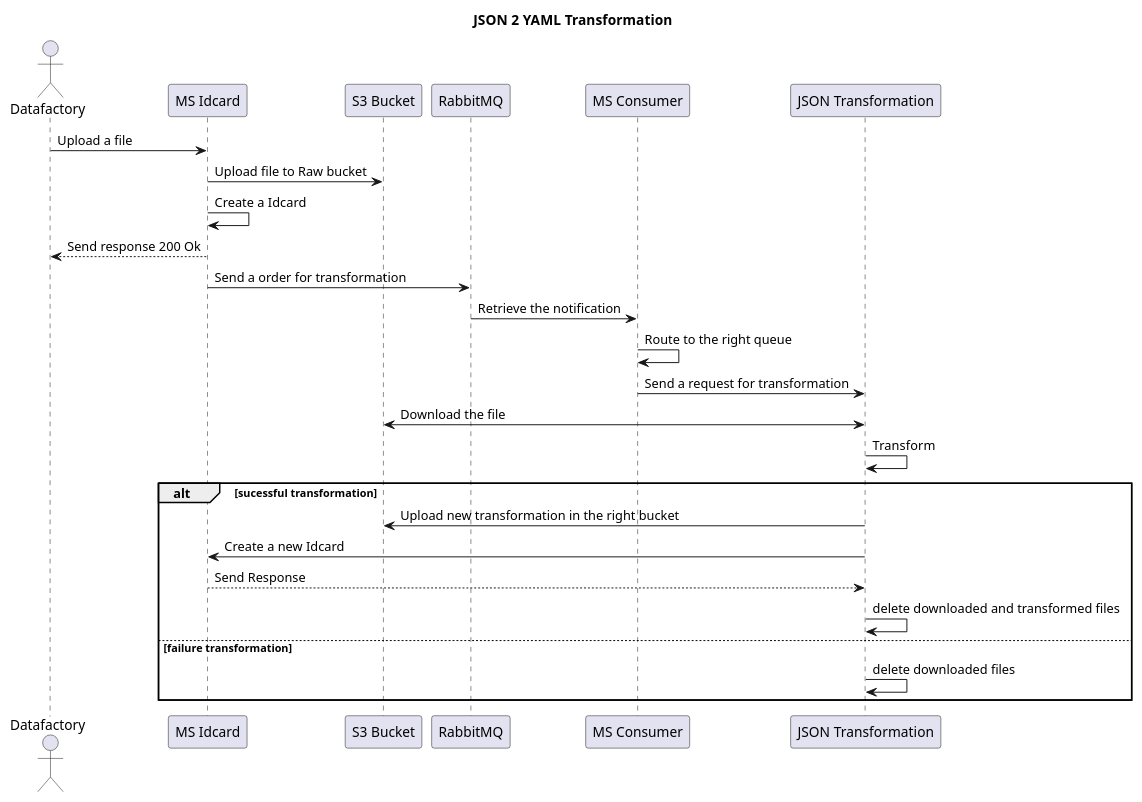
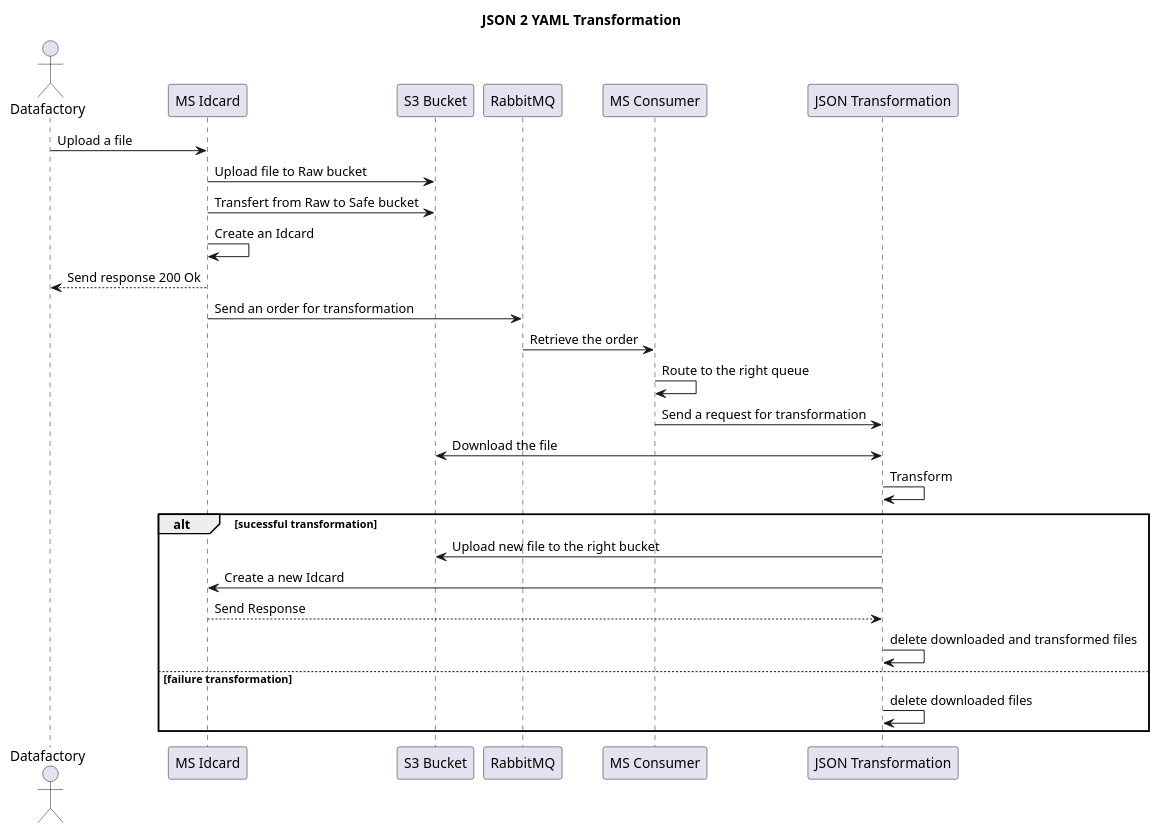
One commit to cogirep/documentation changed the diagram in 01.byd-DataFactory/4.DeploymentDossier/img/seq_transfoJson.puml. Above: the diagram before and after it, drawn with PlantUML. The commit also changed 5 other files, not shown here.

```diff
--- a/01.byd-DataFactory/4.DeploymentDossier/img/seq_transfoJson.puml
+++ b/01.byd-DataFactory/4.DeploymentDossier/img/seq_transfoJson.puml
@@ -1,35 +1,36 @@
 @startuml seq_transfoJson
 
 title JSON 2 YAML Transformation
 
 actor Datafactory as DF
 participant "MS Idcard" as Idcard
 participant "S3 Bucket" as S3
 participant "RabbitMQ" as RabbitMQ
 participant "MS Consumer" as Consumer
 participant "JSON Transformation" as Transfo
 
 DF -> Idcard: Upload a file
 Idcard -> S3: Upload file to Raw bucket
-Idcard -> Idcard: Create a Idcard
+Idcard -> S3: Transfert from Raw to Safe bucket
+Idcard -> Idcard: Create an Idcard
 DF <-- Idcard: Send response 200 Ok
 
-Idcard -> RabbitMQ: Send a order for transformation
-RabbitMQ -> Consumer: Retrieve the notification
+Idcard -> RabbitMQ: Send an order for transformation
+RabbitMQ -> Consumer: Retrieve the order
 Consumer -> Consumer: Route to the right queue
 
 Consumer -> Transfo: Send a request for transformation
 Transfo <-> S3: Download the file
 Transfo -> Transfo: Transform
 
 alt sucessful transformation
-  Transfo -> S3: Upload new transformation in the right bucket
+  Transfo -> S3: Upload new file to the right bucket
 
   Transfo -> Idcard: Create a new Idcard
   Idcard --> Transfo: Send Response
   Transfo -> Transfo: delete downloaded and transformed files
 else failure transformation
   Transfo -> Transfo: delete downloaded files
 end
 
 @enduml
```
